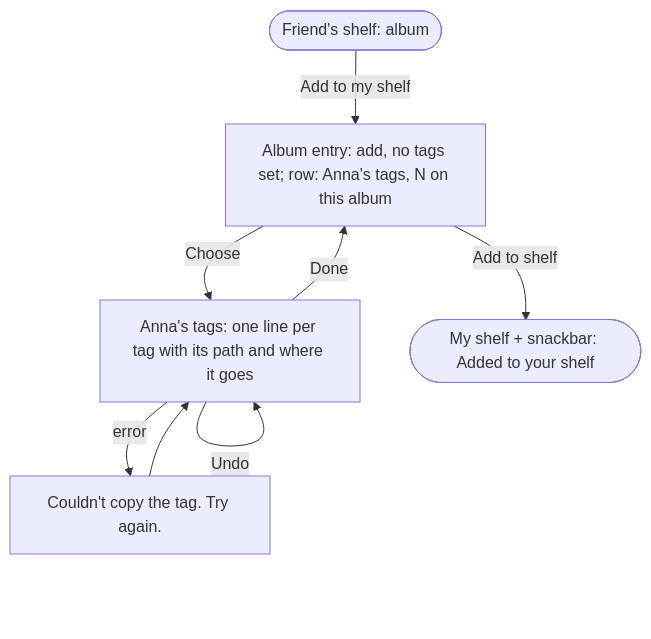
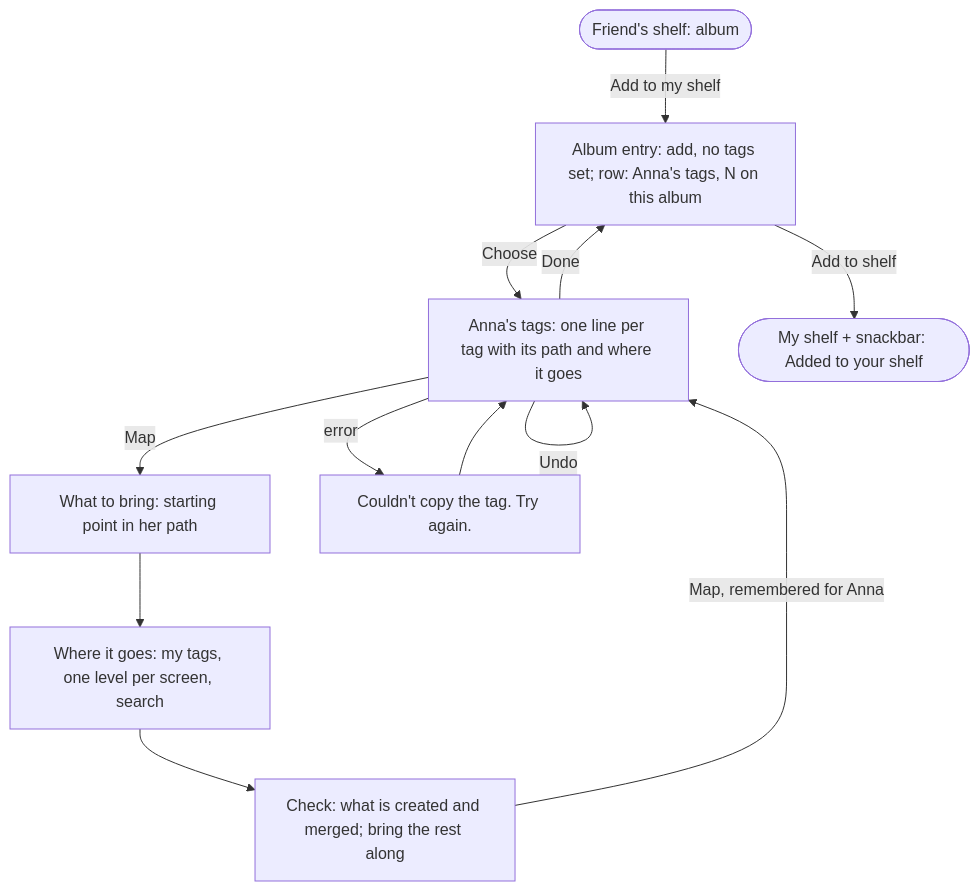
One commit to Schwub/shelf changed the eighth of 15 diagrams in docs/design/flows.md. Above: the diagram before and after it, drawn with Mermaid. The commit also changed 15 other files, not shown here.

First line of the commit message:
Map a friend's tags into my own structure (TASK-52)

````diff
--- a/docs/design/flows.md
+++ b/docs/design/flows.md
@@ -185,12 +185,16 @@
 ```mermaid
 flowchart TD
   friend([Friend's shelf: album]) -- Add to my shelf --> entry[Album entry: add, no tags set; row: Anna's tags, N on this album]
   entry -- Choose --> list[Anna's tags: one line per tag with its path and where it goes]
   list -- Add: I have it --> list
   list -- Copy: I don't; her path is created --> list
   list -- Use my X: my nearest tag above --> list
+  list -- Map --> m1[What to bring: starting point in her path]
+  m1 --> m2[Where it goes: my tags, one level per screen, search]
+  m2 --> m3[Check: what is created and merged; bring the rest along]
+  m3 -- Map, remembered for Anna --> list
   list -- Undo --> list
   list -- error --> err[Couldn't copy the tag. Try again.] --> list
   list -- Done --> entry
   entry -- Add to shelf --> done([My shelf + snackbar: Added to your shelf])
 ```
````
